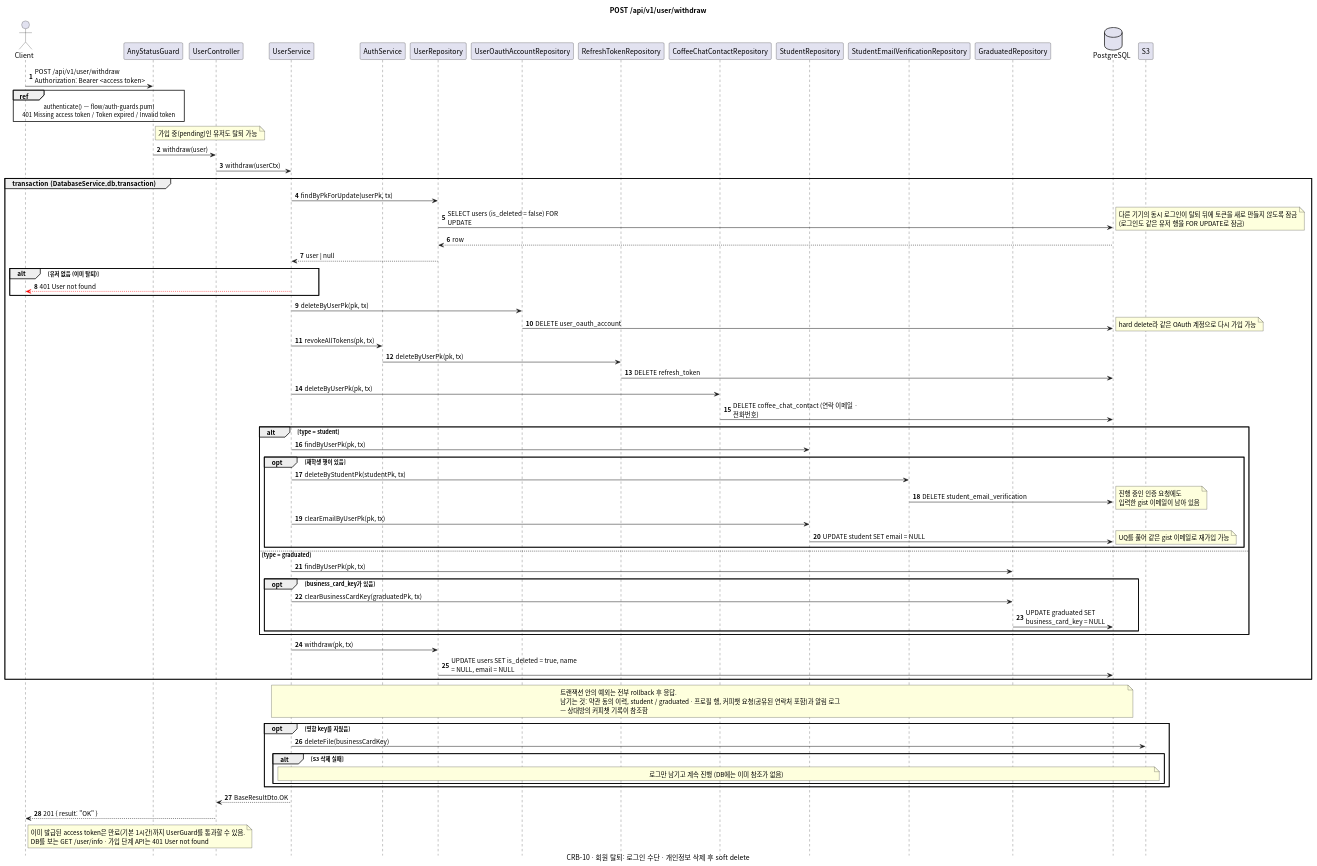
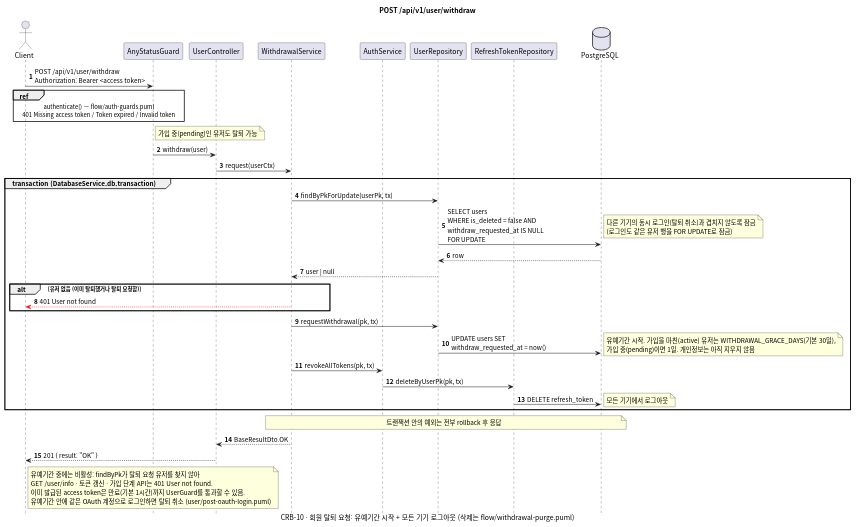
The diagram in docs/sequence/user/post-withdraw.puml (gsainfoteam/cheers-be), drawn with PlantUML before and after one commit. The commit also changed 5 other files, not shown here.

Commit message:
- docs: update user sequence diagrams for withdrawal grace period

```diff
--- a/docs/sequence/user/post-withdraw.puml
+++ b/docs/sequence/user/post-withdraw.puml
@@ -1,98 +1,64 @@
 @startuml post-withdraw
 skinparam defaultFontName "Apple SD Gothic Neo", "Noto Sans CJK KR", sans-serif
 skinparam responseMessageBelowArrow true
 skinparam sequenceMessageAlign left
 skinparam maxMessageSize 260
 skinparam BoxPadding 8
 skinparam shadowing false
 autonumber
 hide footbox
 
 title POST /api/v1/user/withdraw
-caption CRB-10 · 회원 탈퇴: 로그인 수단 · 개인정보 삭제 후 soft delete
+caption CRB-10 · 회원 탈퇴 요청: 유예기간 시작 + 모든 기기 로그아웃 (삭제는 flow/withdrawal-purge.puml)
 
 actor Client
 participant "AnyStatusGuard" as Guard
 participant "UserController" as Controller
-participant "UserService" as Service
+participant "WithdrawalService" as Service
 participant "AuthService" as AuthService
 participant "UserRepository" as UserRepository
-participant "UserOauthAccountRepository" as UserOauthAccountRepository
 participant "RefreshTokenRepository" as RefreshTokenRepository
-participant "CoffeeChatContactRepository" as CoffeeChatContactRepository
-participant "StudentRepository" as StudentRepository
-participant "StudentEmailVerificationRepository" as StudentEmailVerificationRepository
-participant "GraduatedRepository" as GraduatedRepository
 database PostgreSQL
-participant "S3"
 
 Client -> Guard: POST /api/v1/user/withdraw\nAuthorization: Bearer <access token>
 ref over Client, Guard: authenticate() — flow/auth-guards.puml\n401 Missing access token / Token expired / Invalid token
 note right of Guard: 가입 중(pending)인 유저도 탈퇴 가능
 Guard -> Controller: withdraw(user)
-Controller -> Service: withdraw(userCtx)
+Controller -> Service: request(userCtx)
 
 group transaction (DatabaseService.db.transaction)
   Service -> UserRepository: findByPkForUpdate(userPk, tx)
-  UserRepository -> PostgreSQL: SELECT users (is_deleted = false) FOR UPDATE
+  UserRepository -> PostgreSQL: SELECT users\nWHERE is_deleted = false AND withdraw_requested_at IS NULL\nFOR UPDATE
   note right
-    다른 기기의 동시 로그인이 탈퇴 뒤에 토큰을 새로 만들지 않도록 잠금
+    다른 기기의 동시 로그인(탈퇴 취소)과 겹치지 않도록 잠금
     (로그인도 같은 유저 행을 FOR UPDATE로 잠금)
   end note
   PostgreSQL --> UserRepository: row
   UserRepository --> Service: user | null
-  alt 유저 없음 (이미 탈퇴)
+  alt 유저 없음 (이미 탈퇴했거나 탈퇴 요청함)
     Service -[#red]-> Client: 401 User not found
   end
 
-  Service -> UserOauthAccountRepository: deleteByUserPk(pk, tx)
-  UserOauthAccountRepository -> PostgreSQL: DELETE user_oauth_account
-  note right: hard delete라 같은 OAuth 계정으로 다시 가입 가능
+  Service -> UserRepository: requestWithdrawal(pk, tx)
+  UserRepository -> PostgreSQL: UPDATE users SET withdraw_requested_at = now()
+  note right
+    유예기간 시작. 가입을 마친(active) 유저는 WITHDRAWAL_GRACE_DAYS(기본 30일),
+    가입 중(pending)이면 1일. 개인정보는 아직 지우지 않음
+  end note
   Service -> AuthService: revokeAllTokens(pk, tx)
   AuthService -> RefreshTokenRepository: deleteByUserPk(pk, tx)
   RefreshTokenRepository -> PostgreSQL: DELETE refresh_token
-  Service -> CoffeeChatContactRepository: deleteByUserPk(pk, tx)
-  CoffeeChatContactRepository -> PostgreSQL: DELETE coffee_chat_contact (연락 이메일 · 전화번호)
-
-  alt type = student
-    Service -> StudentRepository: findByUserPk(pk, tx)
-    opt 재학생 행이 있음
-      Service -> StudentEmailVerificationRepository: deleteByStudentPk(studentPk, tx)
-      StudentEmailVerificationRepository -> PostgreSQL: DELETE student_email_verification
-      note right: 진행 중인 인증 요청에도\n입력한 gist 이메일이 남아 있음
-      Service -> StudentRepository: clearEmailByUserPk(pk, tx)
-      StudentRepository -> PostgreSQL: UPDATE student SET email = NULL
-      note right: UQ를 풀어 같은 gist 이메일로 재가입 가능
-    end
-  else type = graduated
-    Service -> GraduatedRepository: findByUserPk(pk, tx)
-    opt business_card_key가 있음
-      Service -> GraduatedRepository: clearBusinessCardKey(graduatedPk, tx)
-      GraduatedRepository -> PostgreSQL: UPDATE graduated SET business_card_key = NULL
-    end
-  end
-
-  Service -> UserRepository: withdraw(pk, tx)
-  UserRepository -> PostgreSQL: UPDATE users SET is_deleted = true, name = NULL, email = NULL
+  note right: 모든 기기에서 로그아웃
 end
-note over Service, PostgreSQL
-  트랜잭션 안의 예외는 전부 rollback 후 응답.
-  남기는 것: 약관 동의 이력, student / graduated · 프로필 행, 커피챗 요청(공유된 연락처 포함)과 알림 로그
-  — 상대방의 커피챗 기록이 참조함
-end note
-
-opt 명함 key를 지웠음
-  Service -> S3: deleteFile(businessCardKey)
-  alt S3 삭제 실패
-    note over Service, S3: 로그만 남기고 계속 진행 (DB에는 이미 참조가 없음)
-  end
-end
+note over Service, PostgreSQL: 트랜잭션 안의 예외는 전부 rollback 후 응답
 
 Service --> Controller: BaseResultDto.OK
 Controller --> Client: 201 { result: "OK" }
 note right of Client
+  유예기간 중에는 비활성: findByPk가 탈퇴 요청 유저를 찾지 않아
+  GET /user/info · 토큰 갱신 · 가입 단계 API는 401 User not found.
   이미 발급된 access token은 만료(기본 1시간)까지 UserGuard를 통과할 수 있음.
-  DB를 보는 GET /user/info · 가입 단계 API는 401 User not found
+  유예기간 안에 같은 OAuth 계정으로 로그인하면 탈퇴 취소 (user/post-oauth-login.puml)
 end note
 
 @enduml
```
